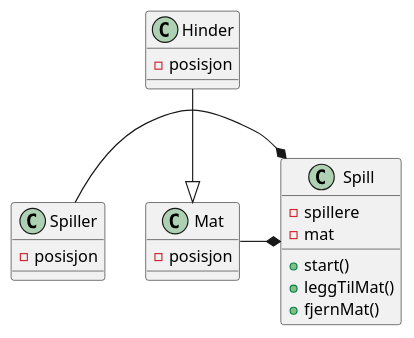
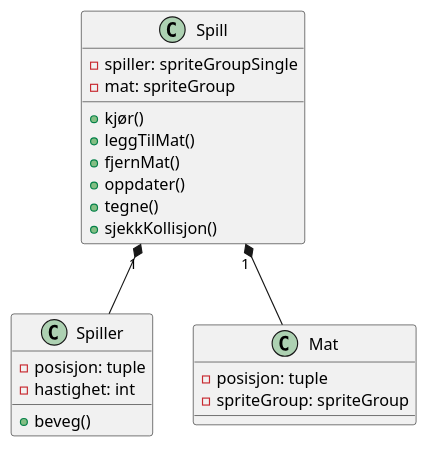
Before and after one commit to Fantomet06/IT2: the diagram in prosjekter/PacTroll/game.wsd, drawn with PlantUML. The commit also changed 8 other files, not shown here.

```diff
--- a/prosjekter/PacTroll/game.wsd
+++ b/prosjekter/PacTroll/game.wsd
@@ -1,27 +1,28 @@
 @startuml
 
 class Spill {
-    -spillere
-    -mat
-    +start()
+    -spiller: spriteGroupSingle 
+    -mat: spriteGroup 
+    +kjør()
     +leggTilMat()
     +fjernMat()
+    +oppdater()
+    +tegne()
+    +sjekkKollisjon()
 }
 
 class Spiller {
-    -posisjon 
+    -posisjon: tuple
+    -hastighet: int
+    +beveg()
 }
 
 class Mat {
-    -posisjon
+    -posisjon: tuple
+    -spriteGroup: spriteGroup
 }
 
-class Hinder {
-    -posisjon
-}
-
-Spiller -* Spill
-Mat -* Spill
-Hinder --|> Mat
+Spill "1" *-- Spiller
+Spill "1" *-- Mat
 
 @enduml
```
